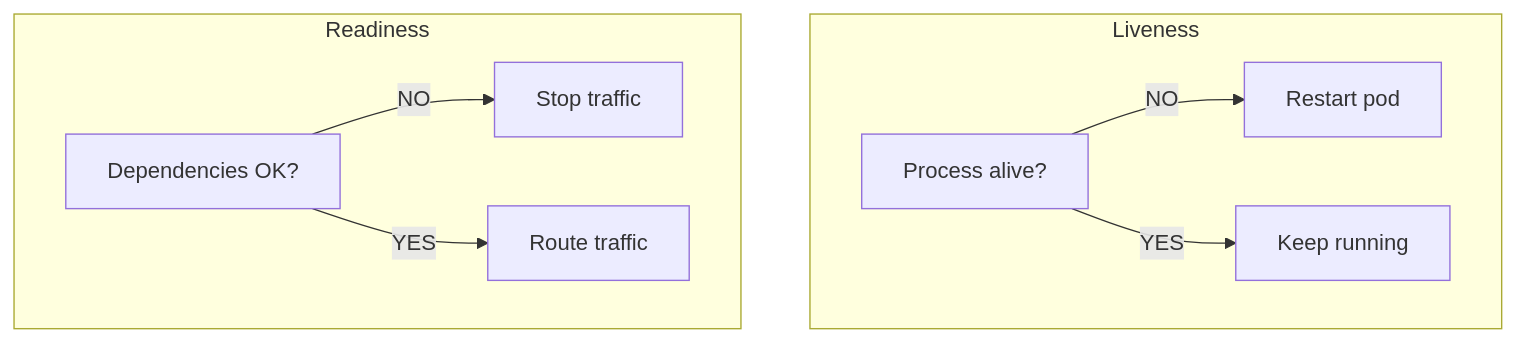
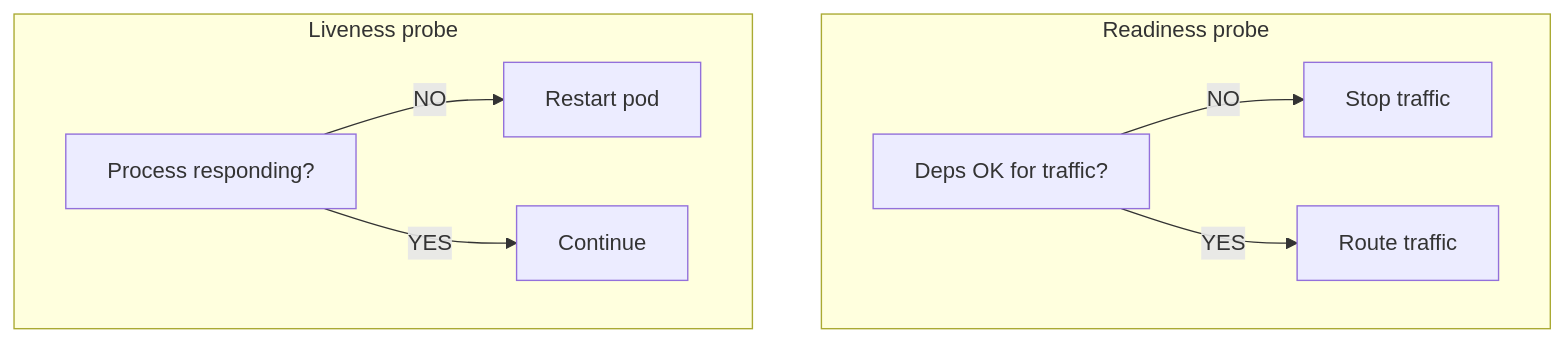
Diagram 11 of 12 in 09-observability/README.md (hareramcse/SystemDesign), drawn with Mermaid before and after one commit. The commit also changed other lines of this file and 14 other files, not shown here.

````diff
--- a/09-observability/README.md
+++ b/09-observability/README.md
@@ -2643,13 +1497,14 @@
 ```mermaid
-flowchart TB
- subgraph live [Liveness]
- LQ[Process alive?]
- LQ -->|NO| RESTART[Restart pod]
- LQ -->|YES| OK1[Keep running]
- end
- subgraph ready [Readiness]
- RQ[Dependencies OK?]
- RQ -->|NO| DRAIN[Stop traffic]
- RQ -->|YES| OK2[Route traffic]
- end
+flowchart LR
+    subgraph Liveness["Liveness probe"]
+        direction LR
+        LQ[Process responding?] -->|NO| RESTART[Restart pod]
+        LQ -->|YES| OK1[Continue]
+    end
+    subgraph Readiness["Readiness probe"]
+        direction LR
+        RQ[Deps OK for traffic?] -->|NO| DRAIN[Stop traffic]
+        RQ -->|YES| OK2[Route traffic]
+    end
+    Liveness ~~~ Readiness
 ```
````
